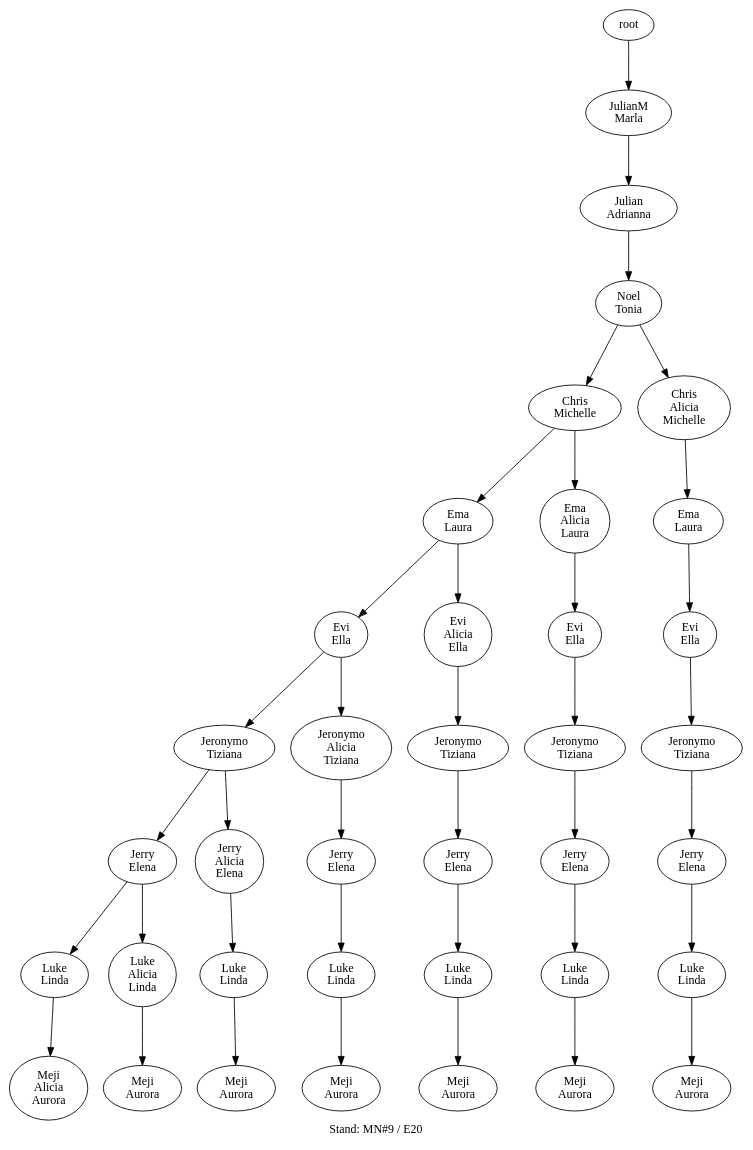
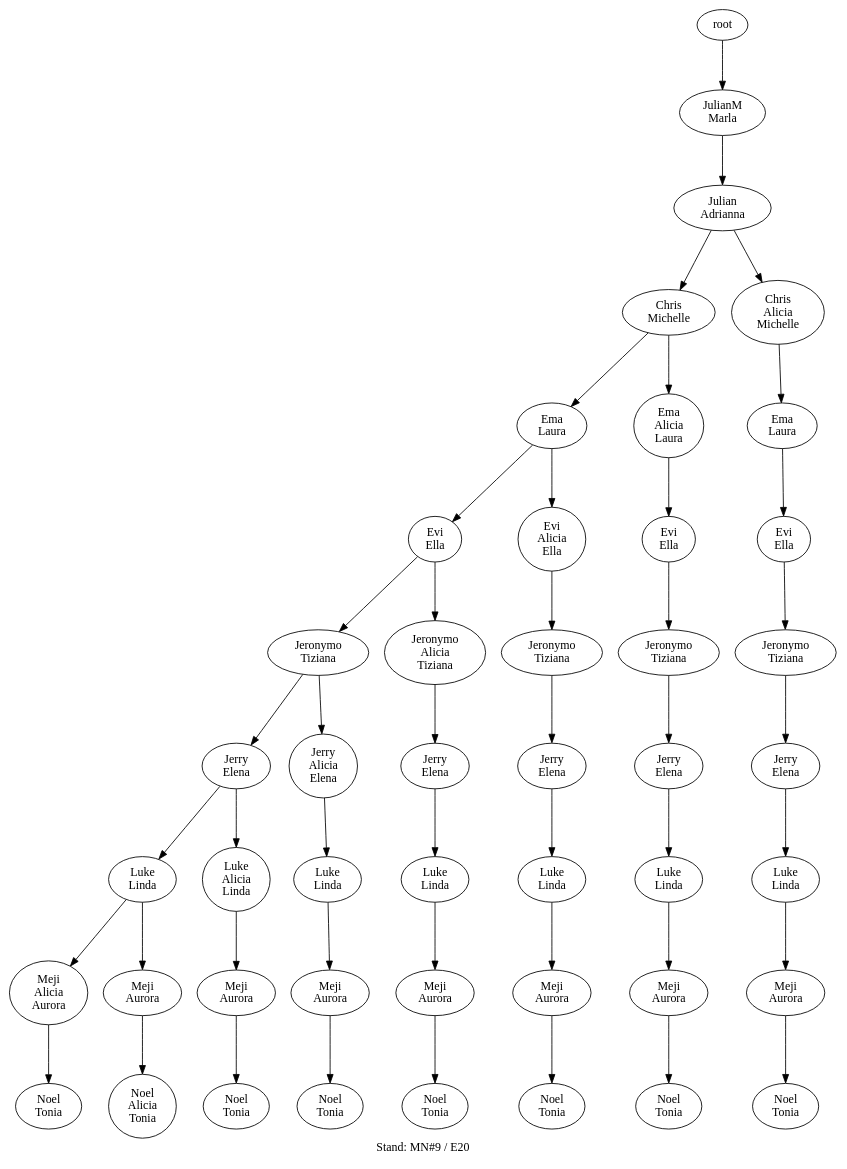
The diagram in data/de07/de07_19_tree_.dot (atticus-sullivan/sim-ayto), drawn with Graphviz before and after one commit. The commit also changed 29 other files, not shown here.

```diff
--- a/data/de07/de07_19_tree_.dot
+++ b/data/de07/de07_19_tree_.dot
@@ -3,74 +3,90 @@
 "root" -> "root/1000000";
 "root/1000000/1"[label="Julian\nAdrianna"]
 "root/1000000" -> "root/1000000/1";
-"root/1000000/1/1000000000"[label="Noel\nTonia"]
-"root/1000000/1" -> "root/1000000/1/1000000000";
-"root/1000000/1/1000000000/10000000"[label="Chris\nMichelle"]
-"root/1000000/1/1000000000" -> "root/1000000/1/1000000000/10000000";
-"root/1000000/1/1000000000/10000000/10000"[label="Ema\nLaura"]
-"root/1000000/1/1000000000/10000000" -> "root/1000000/1/1000000000/10000000/10000";
-"root/1000000/1/1000000000/10000000/10000/1000"[label="Evi\nElla"]
-"root/1000000/1/1000000000/10000000/10000" -> "root/1000000/1/1000000000/10000000/10000/1000";
-"root/1000000/1/1000000000/10000000/10000/1000/100000000"[label="Jeronymo\nTiziana"]
-"root/1000000/1/1000000000/10000000/10000/1000" -> "root/1000000/1/1000000000/10000000/10000/1000/100000000";
-"root/1000000/1/1000000000/10000000/10000/1000/100000000/100"[label="Jerry\nElena"]
-"root/1000000/1/1000000000/10000000/10000/1000/100000000" -> "root/1000000/1/1000000000/10000000/10000/1000/100000000/100";
-"root/1000000/1/1000000000/10000000/10000/1000/100000000/100/100000"[label="Luke\nLinda"]
-"root/1000000/1/1000000000/10000000/10000/1000/100000000/100" -> "root/1000000/1/1000000000/10000000/10000/1000/100000000/100/100000";
-"root/1000000/1/1000000000/10000000/10000/1000/100000000/100/100000/10000000010"[label="Meji\nAlicia\nAurora"]
-"root/1000000/1/1000000000/10000000/10000/1000/100000000/100/100000" -> "root/1000000/1/1000000000/10000000/10000/1000/100000000/100/100000/10000000010";
-"root/1000000/1/1000000000/10000010"[label="Chris\nAlicia\nMichelle"]
-"root/1000000/1/1000000000" -> "root/1000000/1/1000000000/10000010";
-"root/1000000/1/1000000000/10000010/10000"[label="Ema\nLaura"]
-"root/1000000/1/1000000000/10000010" -> "root/1000000/1/1000000000/10000010/10000";
-"root/1000000/1/1000000000/10000010/10000/1000"[label="Evi\nElla"]
-"root/1000000/1/1000000000/10000010/10000" -> "root/1000000/1/1000000000/10000010/10000/1000";
-"root/1000000/1/1000000000/10000010/10000/1000/100000000"[label="Jeronymo\nTiziana"]
-"root/1000000/1/1000000000/10000010/10000/1000" -> "root/1000000/1/1000000000/10000010/10000/1000/100000000";
-"root/1000000/1/1000000000/10000010/10000/1000/100000000/100"[label="Jerry\nElena"]
-"root/1000000/1/1000000000/10000010/10000/1000/100000000" -> "root/1000000/1/1000000000/10000010/10000/1000/100000000/100";
-"root/1000000/1/1000000000/10000010/10000/1000/100000000/100/100000"[label="Luke\nLinda"]
-"root/1000000/1/1000000000/10000010/10000/1000/100000000/100" -> "root/1000000/1/1000000000/10000010/10000/1000/100000000/100/100000";
-"root/1000000/1/1000000000/10000010/10000/1000/100000000/100/100000/10000000000"[label="Meji\nAurora"]
-"root/1000000/1/1000000000/10000010/10000/1000/100000000/100/100000" -> "root/1000000/1/1000000000/10000010/10000/1000/100000000/100/100000/10000000000";
-"root/1000000/1/1000000000/10000000/10000/1000/100000000/100/100010"[label="Luke\nAlicia\nLinda"]
-"root/1000000/1/1000000000/10000000/10000/1000/100000000/100" -> "root/1000000/1/1000000000/10000000/10000/1000/100000000/100/100010";
-"root/1000000/1/1000000000/10000000/10000/1000/100000000/100/100010/10000000000"[label="Meji\nAurora"]
-"root/1000000/1/1000000000/10000000/10000/1000/100000000/100/100010" -> "root/1000000/1/1000000000/10000000/10000/1000/100000000/100/100010/10000000000";
-"root/1000000/1/1000000000/10000000/10010"[label="Ema\nAlicia\nLaura"]
-"root/1000000/1/1000000000/10000000" -> "root/1000000/1/1000000000/10000000/10010";
-"root/1000000/1/1000000000/10000000/10010/1000"[label="Evi\nElla"]
-"root/1000000/1/1000000000/10000000/10010" -> "root/1000000/1/1000000000/10000000/10010/1000";
-"root/1000000/1/1000000000/10000000/10010/1000/100000000"[label="Jeronymo\nTiziana"]
-"root/1000000/1/1000000000/10000000/10010/1000" -> "root/1000000/1/1000000000/10000000/10010/1000/100000000";
-"root/1000000/1/1000000000/10000000/10010/1000/100000000/100"[label="Jerry\nElena"]
-"root/1000000/1/1000000000/10000000/10010/1000/100000000" -> "root/1000000/1/1000000000/10000000/10010/1000/100000000/100";
-"root/1000000/1/1000000000/10000000/10010/1000/100000000/100/100000"[label="Luke\nLinda"]
-"root/1000000/1/1000000000/10000000/10010/1000/100000000/100" -> "root/1000000/1/1000000000/10000000/10010/1000/100000000/100/100000";
-"root/1000000/1/1000000000/10000000/10010/1000/100000000/100/100000/10000000000"[label="Meji\nAurora"]
-"root/1000000/1/1000000000/10000000/10010/1000/100000000/100/100000" -> "root/1000000/1/1000000000/10000000/10010/1000/100000000/100/100000/10000000000";
-"root/1000000/1/1000000000/10000000/10000/1010"[label="Evi\nAlicia\nElla"]
-"root/1000000/1/1000000000/10000000/10000" -> "root/1000000/1/1000000000/10000000/10000/1010";
-"root/1000000/1/1000000000/10000000/10000/1010/100000000"[label="Jeronymo\nTiziana"]
-"root/1000000/1/1000000000/10000000/10000/1010" -> "root/1000000/1/1000000000/10000000/10000/1010/100000000";
-"root/1000000/1/1000000000/10000000/10000/1010/100000000/100"[label="Jerry\nElena"]
-"root/1000000/1/1000000000/10000000/10000/1010/100000000" -> "root/1000000/1/1000000000/10000000/10000/1010/100000000/100";
-"root/1000000/1/1000000000/10000000/10000/1010/100000000/100/100000"[label="Luke\nLinda"]
-"root/1000000/1/1000000000/10000000/10000/1010/100000000/100" -> "root/1000000/1/1000000000/10000000/10000/1010/100000000/100/100000";
-"root/1000000/1/1000000000/10000000/10000/1010/100000000/100/100000/10000000000"[label="Meji\nAurora"]
-"root/1000000/1/1000000000/10000000/10000/1010/100000000/100/100000" -> "root/1000000/1/1000000000/10000000/10000/1010/100000000/100/100000/10000000000";
-"root/1000000/1/1000000000/10000000/10000/1000/100000000/110"[label="Jerry\nAlicia\nElena"]
-"root/1000000/1/1000000000/10000000/10000/1000/100000000" -> "root/1000000/1/1000000000/10000000/10000/1000/100000000/110";
-"root/1000000/1/1000000000/10000000/10000/1000/100000000/110/100000"[label="Luke\nLinda"]
-"root/1000000/1/1000000000/10000000/10000/1000/100000000/110" -> "root/1000000/1/1000000000/10000000/10000/1000/100000000/110/100000";
-"root/1000000/1/1000000000/10000000/10000/1000/100000000/110/100000/10000000000"[label="Meji\nAurora"]
-"root/1000000/1/1000000000/10000000/10000/1000/100000000/110/100000" -> "root/1000000/1/1000000000/10000000/10000/1000/100000000/110/100000/10000000000";
-"root/1000000/1/1000000000/10000000/10000/1000/100000010"[label="Jeronymo\nAlicia\nTiziana"]
-"root/1000000/1/1000000000/10000000/10000/1000" -> "root/1000000/1/1000000000/10000000/10000/1000/100000010";
-"root/1000000/1/1000000000/10000000/10000/1000/100000010/100"[label="Jerry\nElena"]
-"root/1000000/1/1000000000/10000000/10000/1000/100000010" -> "root/1000000/1/1000000000/10000000/10000/1000/100000010/100";
-"root/1000000/1/1000000000/10000000/10000/1000/100000010/100/100000"[label="Luke\nLinda"]
-"root/1000000/1/1000000000/10000000/10000/1000/100000010/100" -> "root/1000000/1/1000000000/10000000/10000/1000/100000010/100/100000";
-"root/1000000/1/1000000000/10000000/10000/1000/100000010/100/100000/10000000000"[label="Meji\nAurora"]
-"root/1000000/1/1000000000/10000000/10000/1000/100000010/100/100000" -> "root/1000000/1/1000000000/10000000/10000/1000/100000010/100/100000/10000000000";
+"root/1000000/1/10000000"[label="Chris\nMichelle"]
+"root/1000000/1" -> "root/1000000/1/10000000";
+"root/1000000/1/10000000/10000"[label="Ema\nLaura"]
+"root/1000000/1/10000000" -> "root/1000000/1/10000000/10000";
+"root/1000000/1/10000000/10000/1000"[label="Evi\nElla"]
+"root/1000000/1/10000000/10000" -> "root/1000000/1/10000000/10000/1000";
+"root/1000000/1/10000000/10000/1000/100000000"[label="Jeronymo\nTiziana"]
+"root/1000000/1/10000000/10000/1000" -> "root/1000000/1/10000000/10000/1000/100000000";
+"root/1000000/1/10000000/10000/1000/100000000/100"[label="Jerry\nElena"]
+"root/1000000/1/10000000/10000/1000/100000000" -> "root/1000000/1/10000000/10000/1000/100000000/100";
+"root/1000000/1/10000000/10000/1000/100000000/100/100000"[label="Luke\nLinda"]
+"root/1000000/1/10000000/10000/1000/100000000/100" -> "root/1000000/1/10000000/10000/1000/100000000/100/100000";
+"root/1000000/1/10000000/10000/1000/100000000/100/100000/10000000010"[label="Meji\nAlicia\nAurora"]
+"root/1000000/1/10000000/10000/1000/100000000/100/100000" -> "root/1000000/1/10000000/10000/1000/100000000/100/100000/10000000010";
+"root/1000000/1/10000000/10000/1000/100000000/100/100000/10000000010/1000000000"[label="Noel\nTonia"]
+"root/1000000/1/10000000/10000/1000/100000000/100/100000/10000000010" -> "root/1000000/1/10000000/10000/1000/100000000/100/100000/10000000010/1000000000";
+"root/1000000/1/10000010"[label="Chris\nAlicia\nMichelle"]
+"root/1000000/1" -> "root/1000000/1/10000010";
+"root/1000000/1/10000010/10000"[label="Ema\nLaura"]
+"root/1000000/1/10000010" -> "root/1000000/1/10000010/10000";
+"root/1000000/1/10000010/10000/1000"[label="Evi\nElla"]
+"root/1000000/1/10000010/10000" -> "root/1000000/1/10000010/10000/1000";
+"root/1000000/1/10000010/10000/1000/100000000"[label="Jeronymo\nTiziana"]
+"root/1000000/1/10000010/10000/1000" -> "root/1000000/1/10000010/10000/1000/100000000";
+"root/1000000/1/10000010/10000/1000/100000000/100"[label="Jerry\nElena"]
+"root/1000000/1/10000010/10000/1000/100000000" -> "root/1000000/1/10000010/10000/1000/100000000/100";
+"root/1000000/1/10000010/10000/1000/100000000/100/100000"[label="Luke\nLinda"]
+"root/1000000/1/10000010/10000/1000/100000000/100" -> "root/1000000/1/10000010/10000/1000/100000000/100/100000";
+"root/1000000/1/10000010/10000/1000/100000000/100/100000/10000000000"[label="Meji\nAurora"]
+"root/1000000/1/10000010/10000/1000/100000000/100/100000" -> "root/1000000/1/10000010/10000/1000/100000000/100/100000/10000000000";
+"root/1000000/1/10000010/10000/1000/100000000/100/100000/10000000000/1000000000"[label="Noel\nTonia"]
+"root/1000000/1/10000010/10000/1000/100000000/100/100000/10000000000" -> "root/1000000/1/10000010/10000/1000/100000000/100/100000/10000000000/1000000000";
+"root/1000000/1/10000000/10000/1000/100000000/100/100010"[label="Luke\nAlicia\nLinda"]
+"root/1000000/1/10000000/10000/1000/100000000/100" -> "root/1000000/1/10000000/10000/1000/100000000/100/100010";
+"root/1000000/1/10000000/10000/1000/100000000/100/100010/10000000000"[label="Meji\nAurora"]
+"root/1000000/1/10000000/10000/1000/100000000/100/100010" -> "root/1000000/1/10000000/10000/1000/100000000/100/100010/10000000000";
+"root/1000000/1/10000000/10000/1000/100000000/100/100010/10000000000/1000000000"[label="Noel\nTonia"]
+"root/1000000/1/10000000/10000/1000/100000000/100/100010/10000000000" -> "root/1000000/1/10000000/10000/1000/100000000/100/100010/10000000000/1000000000";
+"root/1000000/1/10000000/10010"[label="Ema\nAlicia\nLaura"]
+"root/1000000/1/10000000" -> "root/1000000/1/10000000/10010";
+"root/1000000/1/10000000/10010/1000"[label="Evi\nElla"]
+"root/1000000/1/10000000/10010" -> "root/1000000/1/10000000/10010/1000";
+"root/1000000/1/10000000/10010/1000/100000000"[label="Jeronymo\nTiziana"]
+"root/1000000/1/10000000/10010/1000" -> "root/1000000/1/10000000/10010/1000/100000000";
+"root/1000000/1/10000000/10010/1000/100000000/100"[label="Jerry\nElena"]
+"root/1000000/1/10000000/10010/1000/100000000" -> "root/1000000/1/10000000/10010/1000/100000000/100";
+"root/1000000/1/10000000/10010/1000/100000000/100/100000"[label="Luke\nLinda"]
+"root/1000000/1/10000000/10010/1000/100000000/100" -> "root/1000000/1/10000000/10010/1000/100000000/100/100000";
+"root/1000000/1/10000000/10010/1000/100000000/100/100000/10000000000"[label="Meji\nAurora"]
+"root/1000000/1/10000000/10010/1000/100000000/100/100000" -> "root/1000000/1/10000000/10010/1000/100000000/100/100000/10000000000";
+"root/1000000/1/10000000/10010/1000/100000000/100/100000/10000000000/1000000000"[label="Noel\nTonia"]
+"root/1000000/1/10000000/10010/1000/100000000/100/100000/10000000000" -> "root/1000000/1/10000000/10010/1000/100000000/100/100000/10000000000/1000000000";
+"root/1000000/1/10000000/10000/1010"[label="Evi\nAlicia\nElla"]
+"root/1000000/1/10000000/10000" -> "root/1000000/1/10000000/10000/1010";
+"root/1000000/1/10000000/10000/1010/100000000"[label="Jeronymo\nTiziana"]
+"root/1000000/1/10000000/10000/1010" -> "root/1000000/1/10000000/10000/1010/100000000";
+"root/1000000/1/10000000/10000/1010/100000000/100"[label="Jerry\nElena"]
+"root/1000000/1/10000000/10000/1010/100000000" -> "root/1000000/1/10000000/10000/1010/100000000/100";
+"root/1000000/1/10000000/10000/1010/100000000/100/100000"[label="Luke\nLinda"]
+"root/1000000/1/10000000/10000/1010/100000000/100" -> "root/1000000/1/10000000/10000/1010/100000000/100/100000";
+"root/1000000/1/10000000/10000/1010/100000000/100/100000/10000000000"[label="Meji\nAurora"]
+"root/1000000/1/10000000/10000/1010/100000000/100/100000" -> "root/1000000/1/10000000/10000/1010/100000000/100/100000/10000000000";
+"root/1000000/1/10000000/10000/1010/100000000/100/100000/10000000000/1000000000"[label="Noel\nTonia"]
+"root/1000000/1/10000000/10000/1010/100000000/100/100000/10000000000" -> "root/1000000/1/10000000/10000/1010/100000000/100/100000/10000000000/1000000000";
+"root/1000000/1/10000000/10000/1000/100000000/110"[label="Jerry\nAlicia\nElena"]
+"root/1000000/1/10000000/10000/1000/100000000" -> "root/1000000/1/10000000/10000/1000/100000000/110";
+"root/1000000/1/10000000/10000/1000/100000000/110/100000"[label="Luke\nLinda"]
+"root/1000000/1/10000000/10000/1000/100000000/110" -> "root/1000000/1/10000000/10000/1000/100000000/110/100000";
+"root/1000000/1/10000000/10000/1000/100000000/110/100000/10000000000"[label="Meji\nAurora"]
+"root/1000000/1/10000000/10000/1000/100000000/110/100000" -> "root/1000000/1/10000000/10000/1000/100000000/110/100000/10000000000";
+"root/1000000/1/10000000/10000/1000/100000000/110/100000/10000000000/1000000000"[label="Noel\nTonia"]
+"root/1000000/1/10000000/10000/1000/100000000/110/100000/10000000000" -> "root/1000000/1/10000000/10000/1000/100000000/110/100000/10000000000/1000000000";
+"root/1000000/1/10000000/10000/1000/100000010"[label="Jeronymo\nAlicia\nTiziana"]
+"root/1000000/1/10000000/10000/1000" -> "root/1000000/1/10000000/10000/1000/100000010";
+"root/1000000/1/10000000/10000/1000/100000010/100"[label="Jerry\nElena"]
+"root/1000000/1/10000000/10000/1000/100000010" -> "root/1000000/1/10000000/10000/1000/100000010/100";
+"root/1000000/1/10000000/10000/1000/100000010/100/100000"[label="Luke\nLinda"]
+"root/1000000/1/10000000/10000/1000/100000010/100" -> "root/1000000/1/10000000/10000/1000/100000010/100/100000";
+"root/1000000/1/10000000/10000/1000/100000010/100/100000/10000000000"[label="Meji\nAurora"]
+"root/1000000/1/10000000/10000/1000/100000010/100/100000" -> "root/1000000/1/10000000/10000/1000/100000010/100/100000/10000000000";
+"root/1000000/1/10000000/10000/1000/100000010/100/100000/10000000000/1000000000"[label="Noel\nTonia"]
+"root/1000000/1/10000000/10000/1000/100000010/100/100000/10000000000" -> "root/1000000/1/10000000/10000/1000/100000010/100/100000/10000000000/1000000000";
+"root/1000000/1/10000000/10000/1000/100000000/100/100000/10000000000"[label="Meji\nAurora"]
+"root/1000000/1/10000000/10000/1000/100000000/100/100000" -> "root/1000000/1/10000000/10000/1000/100000000/100/100000/10000000000";
+"root/1000000/1/10000000/10000/1000/100000000/100/100000/10000000000/1000000010"[label="Noel\nAlicia\nTonia"]
+"root/1000000/1/10000000/10000/1000/100000000/100/100000/10000000000" -> "root/1000000/1/10000000/10000/1000/100000000/100/100000/10000000000/1000000010";
 }
```
